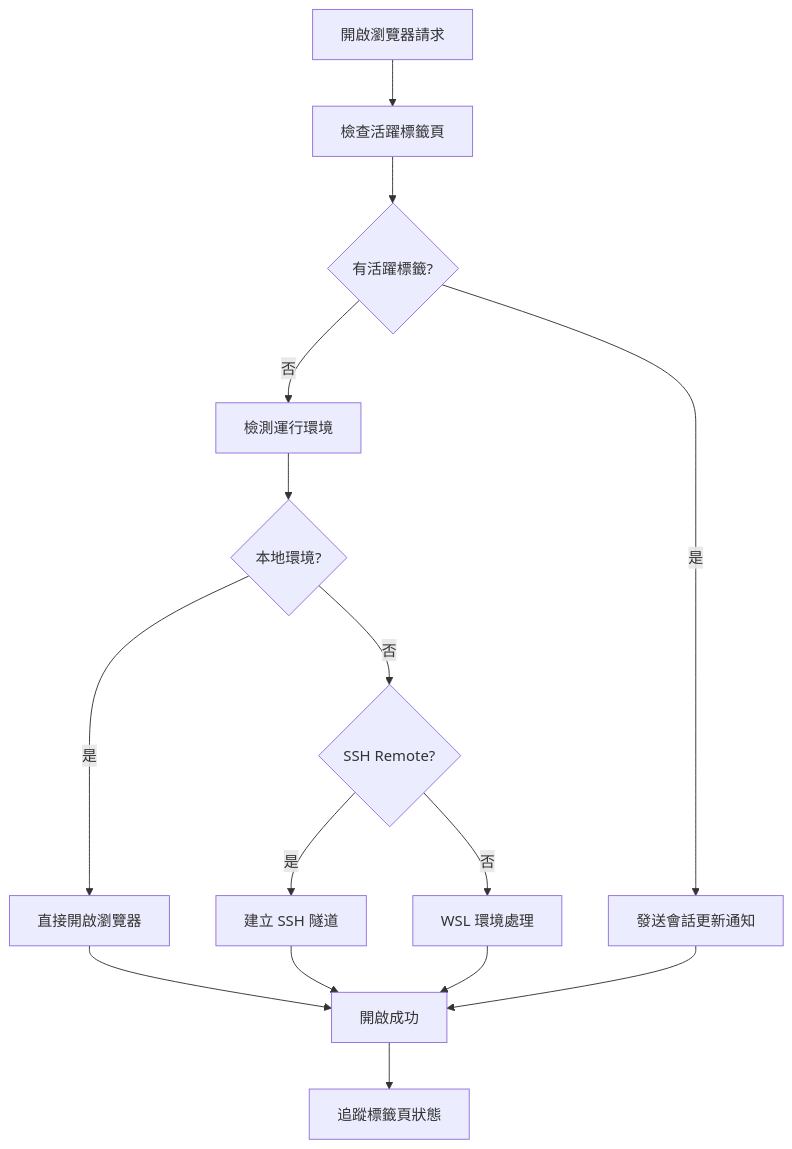
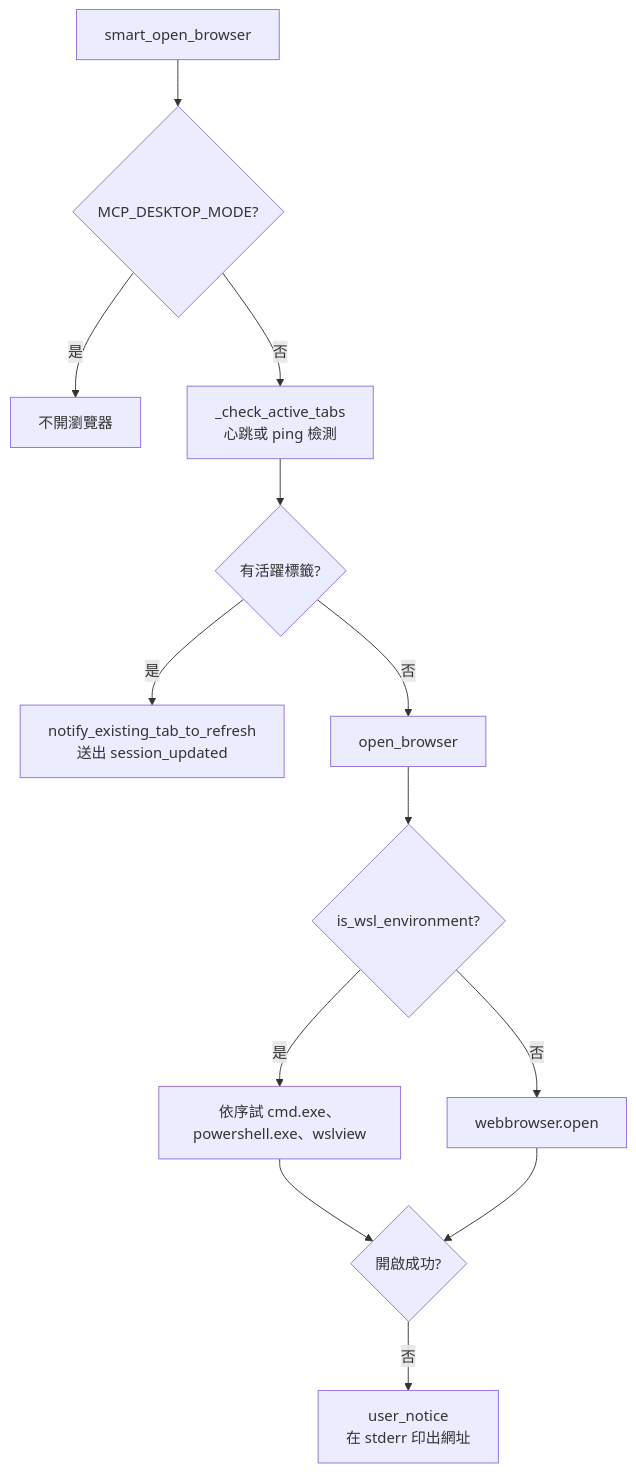
One commit to CloudEngineHub/mcp-feedback-enhanced changed the third of 12 diagrams in docs/architecture/component-details.md. Above: the diagram before and after it, drawn with Mermaid. The commit also changed other lines of this file, not shown here.

Commit message:
📝 組件詳細說明改用實際的類別、方法、狀態與檔案路徑，刪除虛構的 API、錯誤碼、SSH 隧道與命令執行段落

````diff
--- a/docs/architecture/component-details.md
+++ b/docs/architecture/component-details.md
@@ -285,17 +298,15 @@
 ```mermaid
 flowchart TD
-    START[開啟瀏覽器請求] --> CHECK[檢查活躍標籤頁]
+    START[smart_open_browser] --> DESKTOP{MCP_DESKTOP_MODE?}
+    DESKTOP -->|是| SKIP[不開瀏覽器]
+    DESKTOP -->|否| CHECK[_check_active_tabs<br/>心跳或 ping 檢測]
     CHECK --> ACTIVE{有活躍標籤?}
-    ACTIVE -->|是| NOTIFY[發送會話更新通知]
-    ACTIVE -->|否| DETECT[檢測運行環境]
-    DETECT --> LOCAL{本地環境?}
-    LOCAL -->|是| DIRECT[直接開啟瀏覽器]
-    LOCAL -->|否| SSH{SSH Remote?}
-    SSH -->|是| TUNNEL[建立 SSH 隧道]
-    SSH -->|否| WSL[WSL 環境處理]
-    DIRECT --> SUCCESS[開啟成功]
-    TUNNEL --> SUCCESS
-    WSL --> SUCCESS
-    NOTIFY --> SUCCESS
-    SUCCESS --> TRACK[追蹤標籤頁狀態]
+    ACTIVE -->|是| NOTIFY[notify_existing_tab_to_refresh<br/>送出 session_updated]
+    ACTIVE -->|否| OPEN[open_browser]
+    OPEN --> WSL{is_wsl_environment?}
+    WSL -->|是| WSLOPEN[依序試 cmd.exe、powershell.exe、wslview]
+    WSL -->|否| STD[webbrowser.open]
+    WSLOPEN --> RESULT{開啟成功?}
+    STD --> RESULT
+    RESULT -->|否| NOTICE[user_notice<br/>在 stderr 印出網址]
 ```
````
